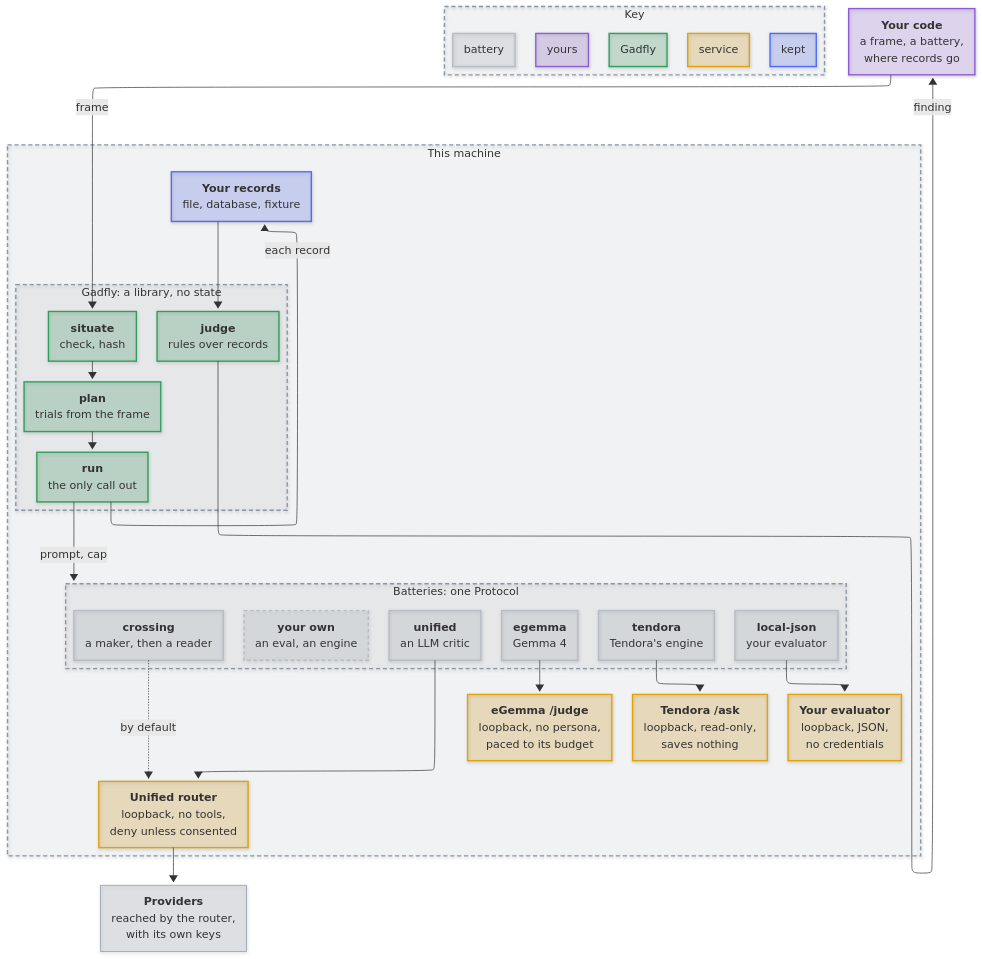
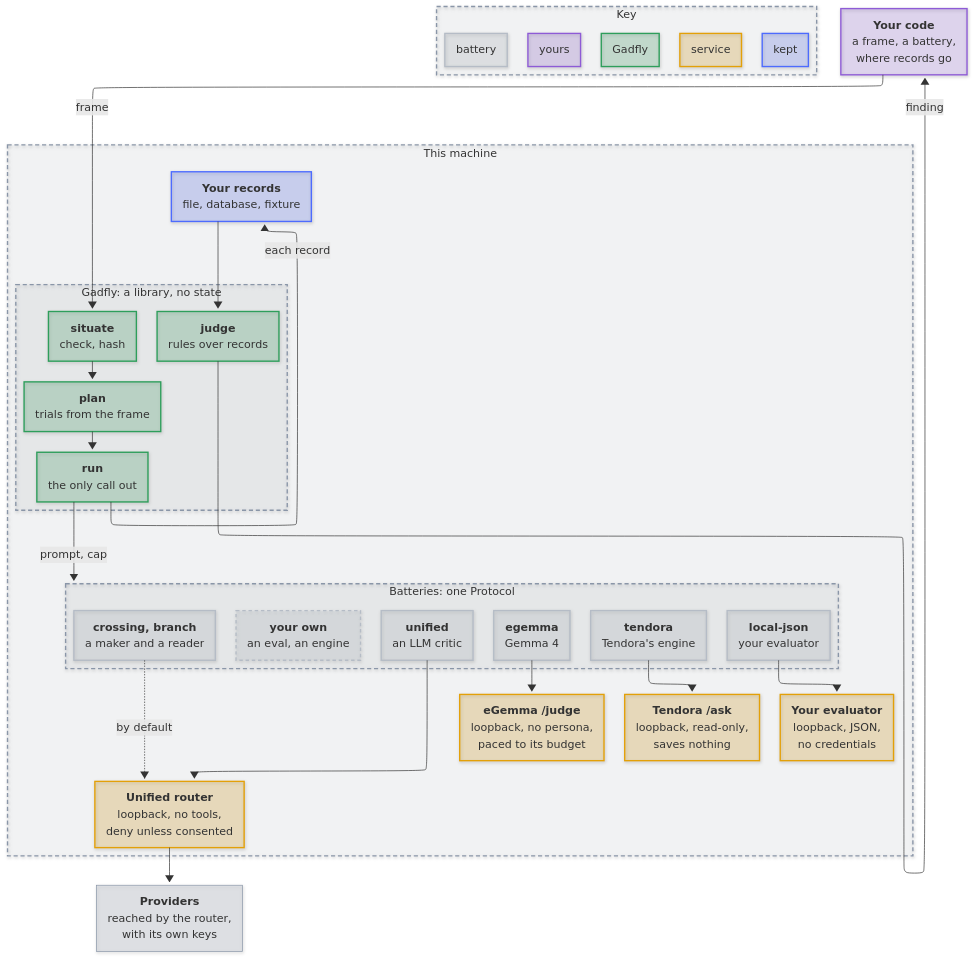
The diagram in docs/architecture.md (mirzahusadzic/gadfly), drawn with Mermaid before and after one commit. The commit also changed 11 other files, not shown here.

First line of the commit message:
batteries: branch, a maker before the evidence

```diff
--- a/docs/architecture.md
+++ b/docs/architecture.md
@@ -61,7 +61,7 @@
         ST["<b>Your records</b><br/>file, database, fixture"]
         subgraph B["Batteries: one Protocol"]
             UN["<b>unified</b><br/>an LLM critic"]
-            CR["<b>crossing</b><br/>a maker, then a reader"]
+            CR["<b>crossing, branch</b><br/>a maker and a reader"]
             EB["<b>egemma</b><br/>Gemma 4"]
             LJ["<b>local-json</b><br/>your evaluator"]
             TD["<b>tendora</b><br/>Tendora's engine"]
```
